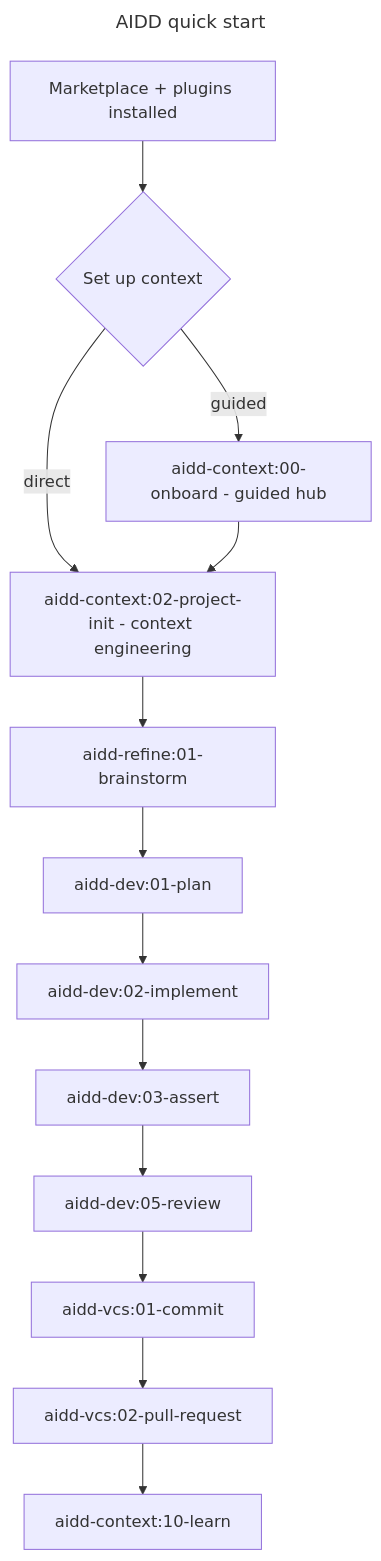
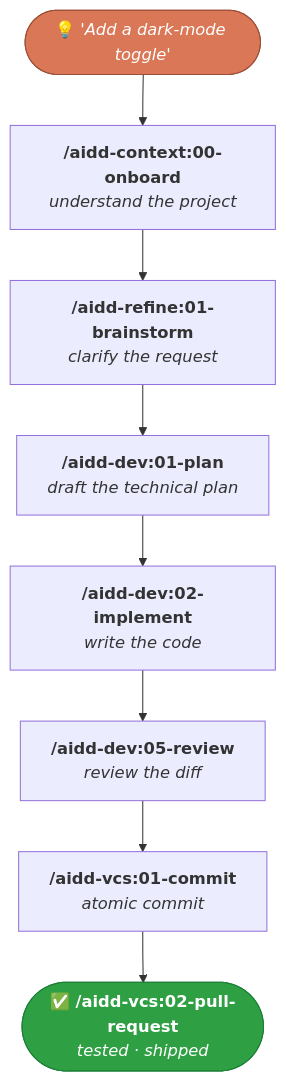
One commit to igounton/framework changed the diagram in README.md. Above: the diagram before and after it, drawn with Mermaid. The commit also changed other lines of this file and 5 other files, not shown here.

````diff
--- a/README.md
+++ b/README.md
@@ -72,31 +119,18 @@
 ```mermaid
----
-title: AIDD quick start
----
 flowchart TD
-    Install["Marketplace + plugins installed"]
-    Setup{"Set up context"}
-    Onboard["aidd-context:00-onboard - guided hub"]
-    Init["aidd-context:02-project-init - context engineering"]
-    Brainstorm["aidd-refine:01-brainstorm"]
-    Plan["aidd-dev:01-plan"]
-    Implement["aidd-dev:02-implement"]
-    Assert["aidd-dev:03-assert"]
-    Review["aidd-dev:05-review"]
-    Commit["aidd-vcs:01-commit"]
-    PR["aidd-vcs:02-pull-request"]
-    Learn["aidd-context:10-learn"]
+    Idea(["💡 <i>'Add a dark-mode toggle'</i>"])
+    Onboard["<b>/aidd-context:00-onboard</b><br/><i>understand the project</i>"]
+    Brainstorm["<b>/aidd-refine:01-brainstorm</b><br/><i>clarify the request</i>"]
+    Plan["<b>/aidd-dev:01-plan</b><br/><i>draft the technical plan</i>"]
+    Implement["<b>/aidd-dev:02-implement</b><br/><i>write the code</i>"]
+    Review["<b>/aidd-dev:05-review</b><br/><i>review the diff</i>"]
+    Commit["<b>/aidd-vcs:01-commit</b><br/><i>atomic commit</i>"]
+    PR(["✅ <b>/aidd-vcs:02-pull-request</b><br/><i>tested · shipped</i>"])
 
-    Install --> Setup
-    Setup -->|guided| Onboard
-    Setup -->|direct| Init
-    Onboard --> Init
-    Init --> Brainstorm
-    Brainstorm --> Plan
-    Plan --> Implement
-    Implement --> Assert
-    Assert --> Review
-    Review --> Commit
-    Commit --> PR
-    PR --> Learn
+    Idea --> Onboard --> Brainstorm --> Plan --> Implement --> Review --> Commit --> PR
+
+    classDef start fill:#D97757,stroke:#9c4f37,color:#fff;
+    classDef done fill:#2ea043,stroke:#1a7f37,color:#fff;
+    class Idea start;
+    class PR done;
 ```
````
